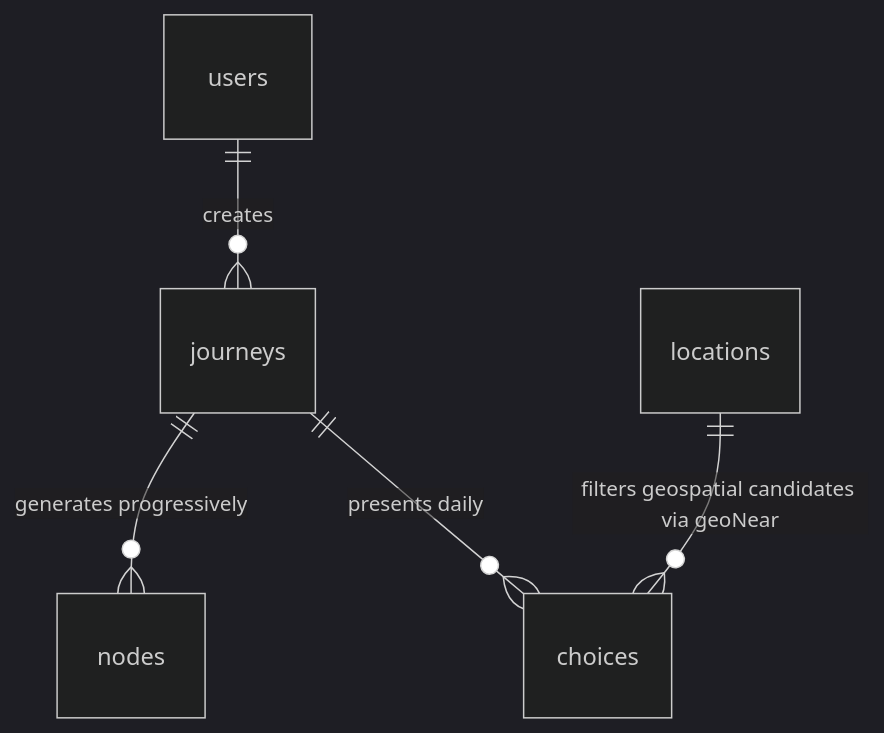
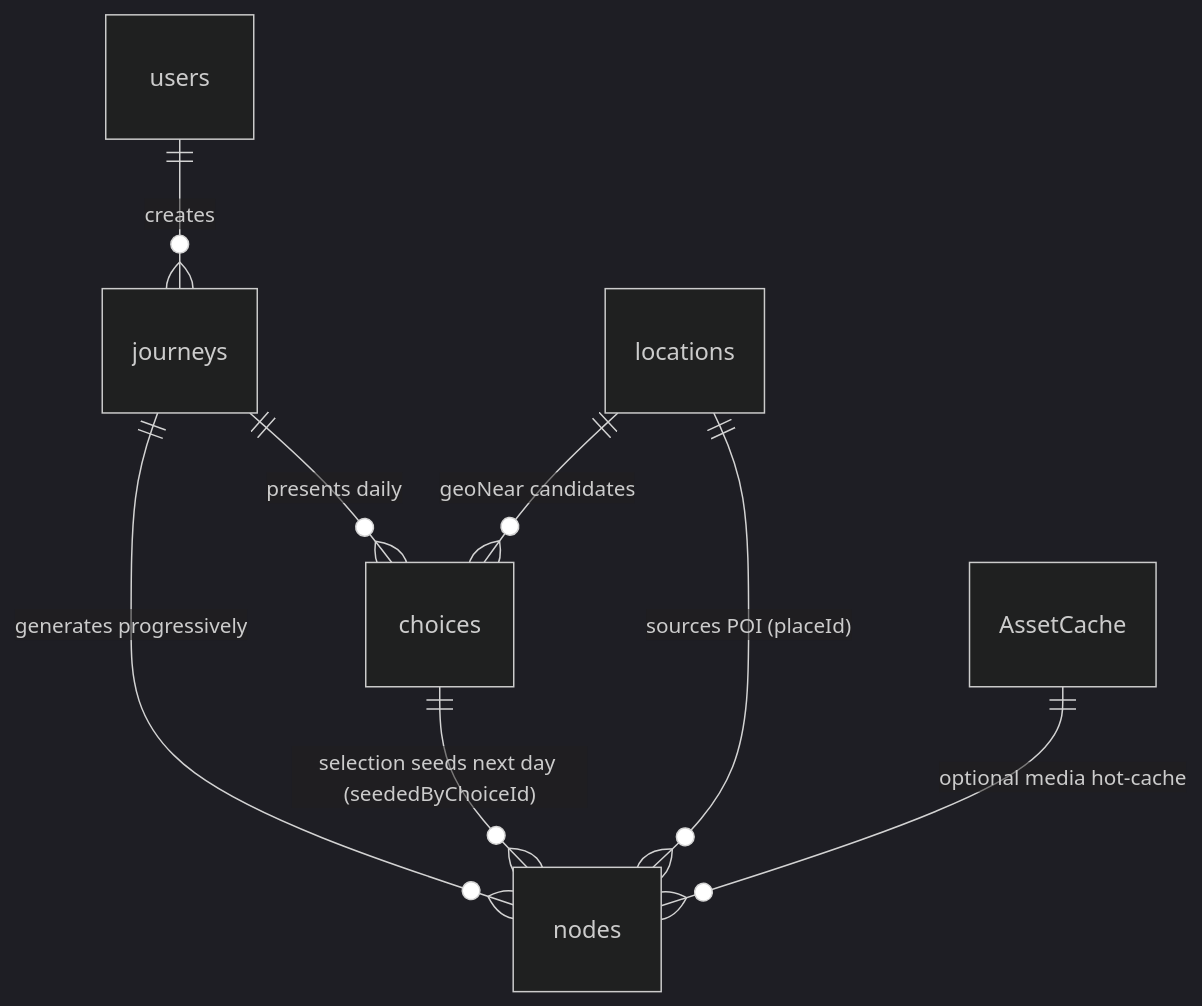
The diagram in Data-Models.md (tanvihang/project-mini-map), drawn with Mermaid (dark theme) before and after one commit. The commit also changed other lines of this file, not shown here.

Commit message:
refactor: switch monetary values to integer minor units and update journey schema definitions

````diff
--- a/Data-Models.md
+++ b/Data-Models.md
@@ -43,7 +60,10 @@
 ```mermaid
 erDiagram
-  users ||--o{ journeys : "creates"
-  journeys ||--o{ nodes : "generates progressively"
-  journeys ||--o{ choices : "presents daily"
-  locations ||--o{ choices : "filters geospatial candidates via geoNear"
+  users      ||--o{ journeys  : "creates"
+  journeys   ||--o{ nodes     : "generates progressively"
+  journeys   ||--o{ choices   : "presents daily"
+  choices    ||--o{ nodes     : "selection seeds next day (seededByChoiceId)"
+  locations  ||--o{ nodes     : "sources POI (placeId)"
+  locations  ||--o{ choices   : "geoNear candidates"
+  AssetCache ||--o{ nodes     : "optional media hot-cache"
 ```
````
